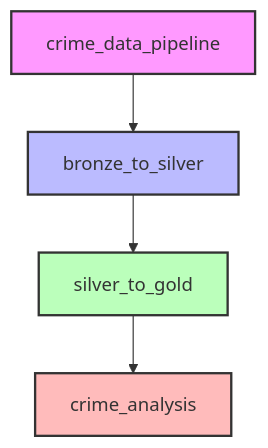
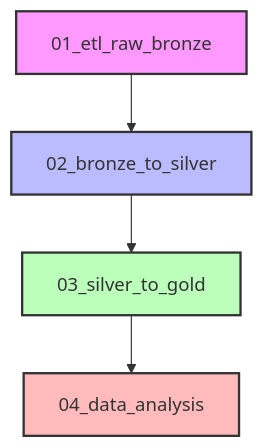
Before and after one commit to dcasseb/SBD2: the first of 4 diagrams in docs/overview/pipelines.md, drawn with Mermaid. The commit also changed other lines of this file and 27 other files, not shown here.

First line of the commit message:
refactor: remove Airflow, simplify architecture and add ETL data pipeline

````diff
--- a/docs/overview/pipelines.md
+++ b/docs/overview/pipelines.md
@@ -7,11 +7,11 @@
 ```mermaid
 flowchart TB
-    A[crime_data_pipeline] --> B[bronze_to_silver]
-    B --> C[silver_to_gold]
-    C --> D[crime_analysis]
+    A[01_etl_raw_bronze] --> B[02_bronze_to_silver]
+    B --> C[03_silver_to_gold]
+    C --> D[04_data_analysis]
     
     style A fill:#f9f,stroke:#333,stroke-width:2px
     style B fill:#bbf,stroke:#333,stroke-width:2px
     style C fill:#bfb,stroke:#333,stroke-width:2px
     style D fill:#fbb,stroke:#333,stroke-width:2px
 ```
````
